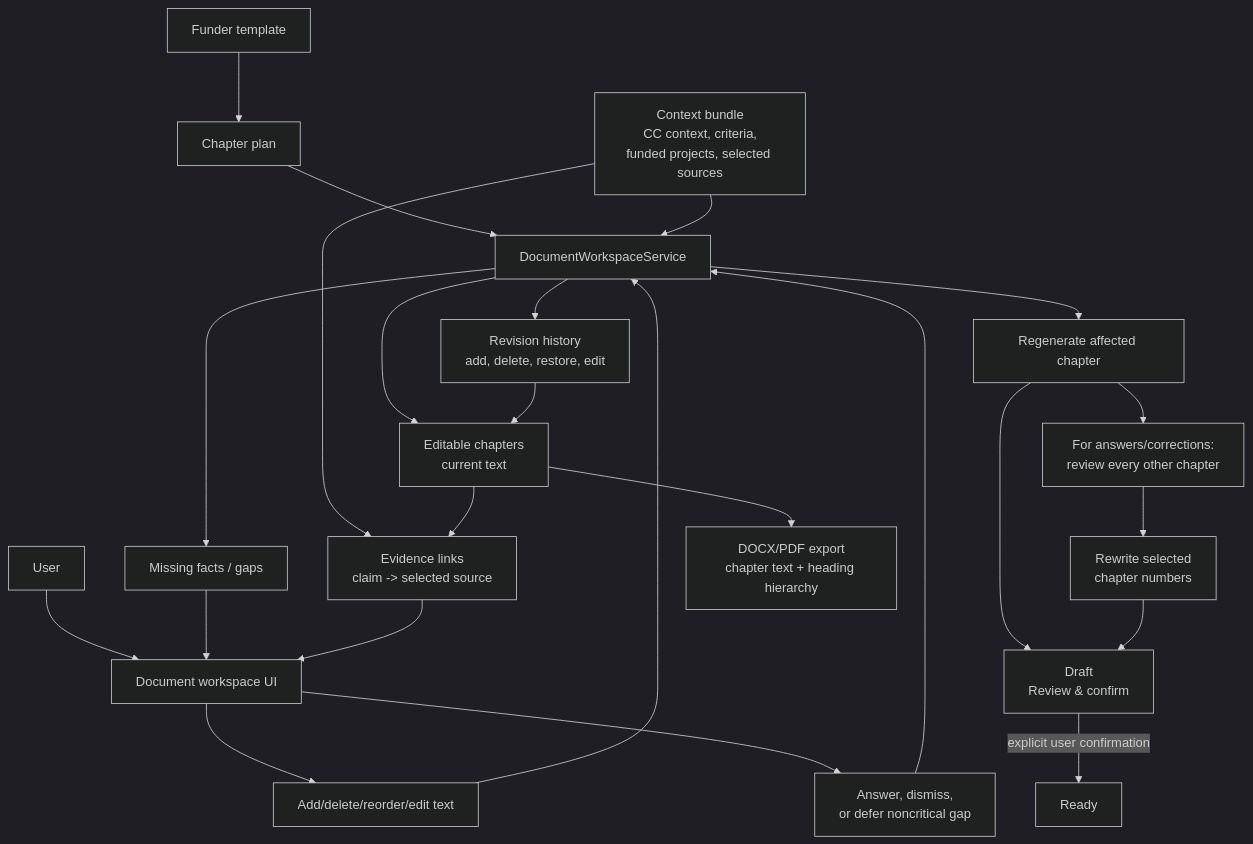
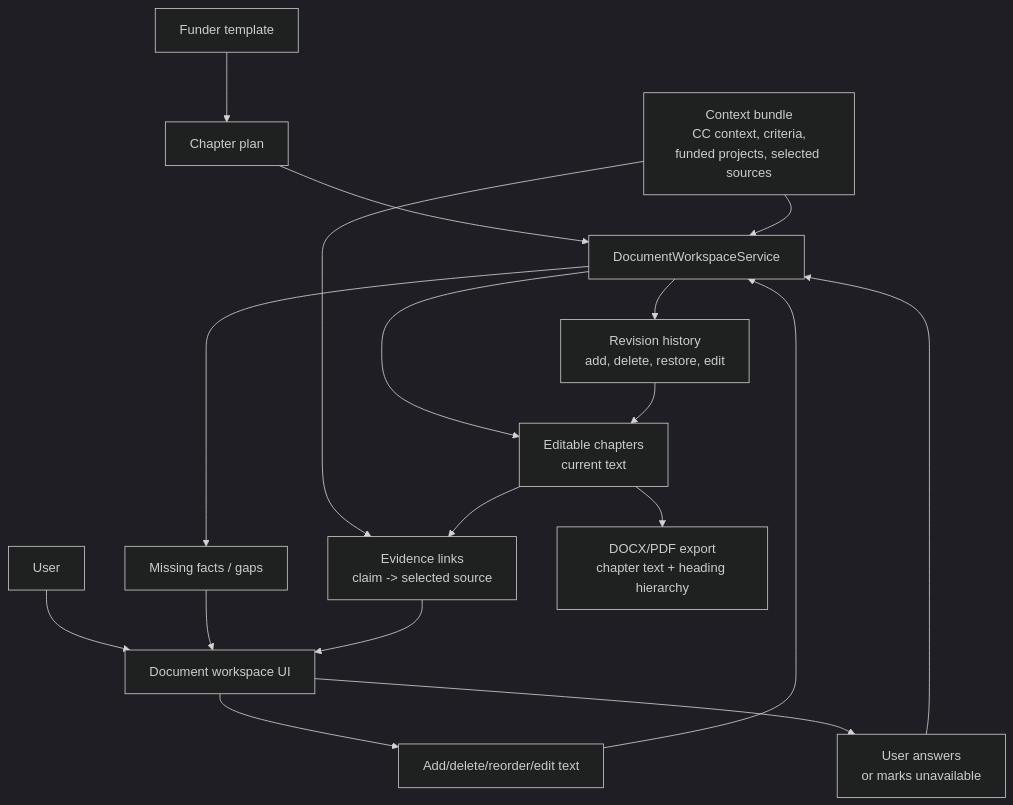
The tenth of 14 diagrams in docs/ConceptNoteBuilderArchitecture.md (Open-Earth-Foundation/CityCatalyst), drawn with Mermaid (dark theme) before and after one commit. The commit also changed other lines of this file and 32 other files, not shown here.

````diff
--- a/docs/ConceptNoteBuilderArchitecture.md
+++ b/docs/ConceptNoteBuilderArchitecture.md
@@ -1525,26 +1483,20 @@
 ```mermaid
 flowchart TB
     Template["Funder template"] --> ChapterPlan["Chapter plan"]
     ChapterPlan --> DocService["DocumentWorkspaceService"]
     Context["Context bundle<br/>CC context, criteria,<br/>funded projects, selected sources"] --> DocService
     User["User"] --> Workspace["Document workspace UI"]
     Workspace --> UserEdits["Add/delete/reorder/edit text"]
     UserEdits --> DocService
     DocService --> Chapters["Editable chapters<br/>current text"]
     DocService --> Revisions["Revision history<br/>add, delete, restore, edit"]
     Revisions --> Chapters
     DocService --> Gaps["Missing facts / gaps"]
     Gaps --> Workspace
-    Workspace --> UserAnswers["Answer, dismiss,<br/>or defer noncritical gap"]
+    Workspace --> UserAnswers["User answers<br/>or marks unavailable"]
     UserAnswers --> DocService
-    DocService --> Regenerate["Regenerate affected chapter"]
-    Regenerate --> ImpactReview["For answers/corrections:<br/>review every other chapter"]
-    ImpactReview --> Selected["Rewrite selected<br/>chapter numbers"]
-    Regenerate --> DraftReview["Draft<br/>Review & confirm"]
-    Selected --> DraftReview
-    DraftReview -->|"explicit user confirmation"| Ready["Ready"]
     Context --> EvidenceLinks["Evidence links<br/>claim -> selected source"]
     Chapters --> EvidenceLinks
     EvidenceLinks --> Workspace
     Chapters --> Exporter["DOCX/PDF export<br/>chapter text + heading hierarchy"]
 ```
````
